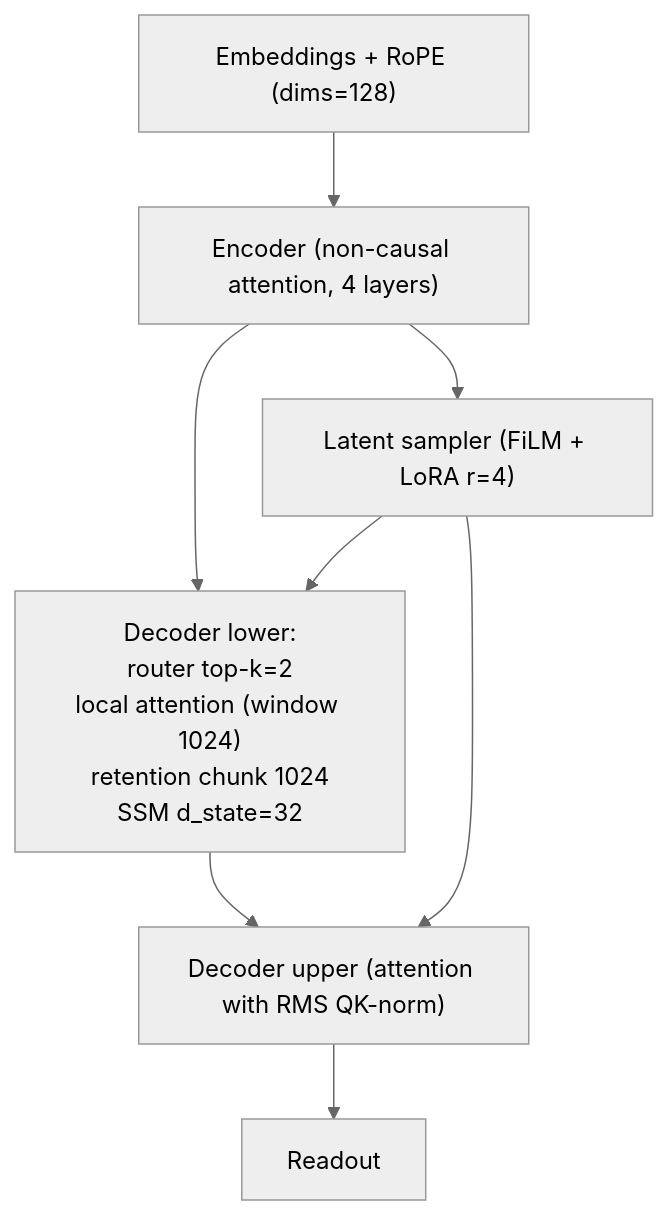
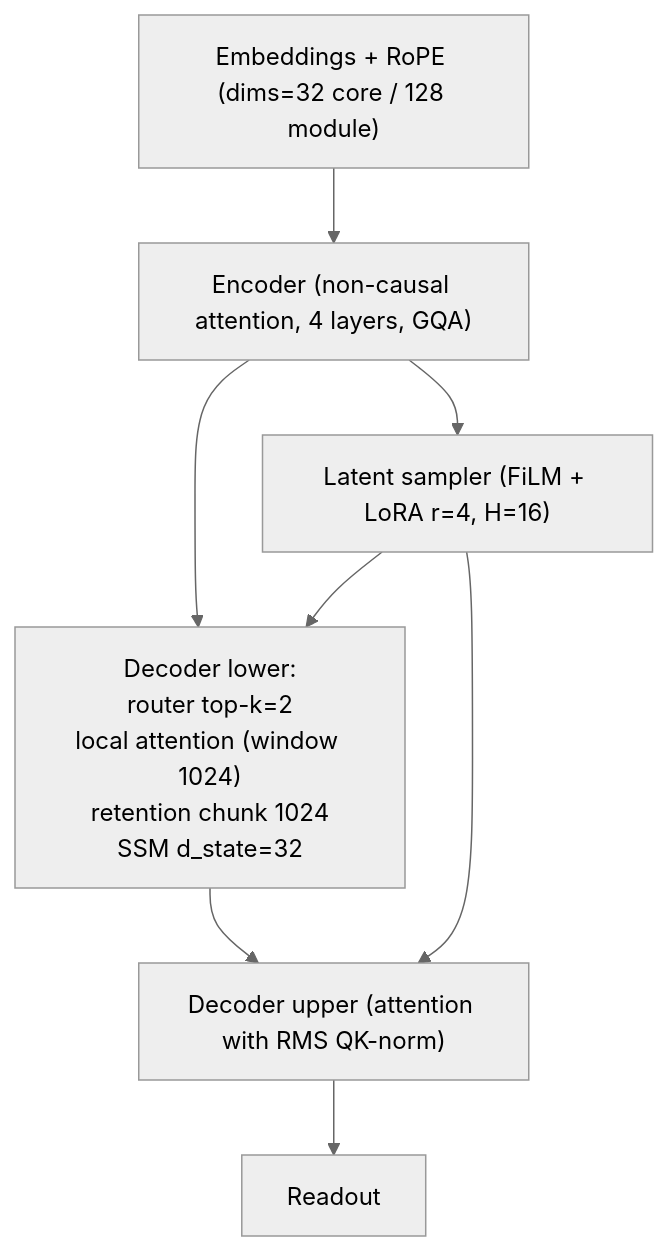
Before and after one commit to strangeloopcanon/transformer-evolution: the diagram in README.md, drawn with Mermaid (neutral theme). The commit also changed other lines of this file and 10 other files, not shown here.

````diff
--- a/README.md
+++ b/README.md
@@ -42,16 +42,16 @@
 ```mermaid
 flowchart TD
-    E["Embeddings + RoPE (dims=128)"]
-    ENC["Encoder (non-causal attention, 4 layers)"]
-    LAT["Latent sampler (FiLM + LoRA r=4)"]
+    E["Embeddings + RoPE (dims=32 core / 128 module)"]
+    ENC["Encoder (non-causal attention, 4 layers, GQA)"]
+    LAT["Latent sampler (FiLM + LoRA r=4, H=16)"]
     DECLOW["Decoder lower:\nrouter top-k=2\nlocal attention (window 1024)\nretention chunk 1024\nSSM d_state=32"]
     DECUP["Decoder upper (attention with RMS QK-norm)"]
     OUT["Readout"]
     E --> ENC
     ENC --> LAT
     ENC --> DECLOW
     LAT --> DECLOW
     DECLOW --> DECUP
     LAT --> DECUP
     DECUP --> OUT
 ```
````
